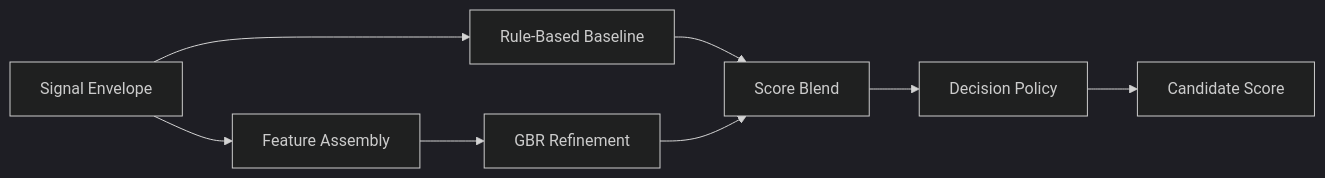
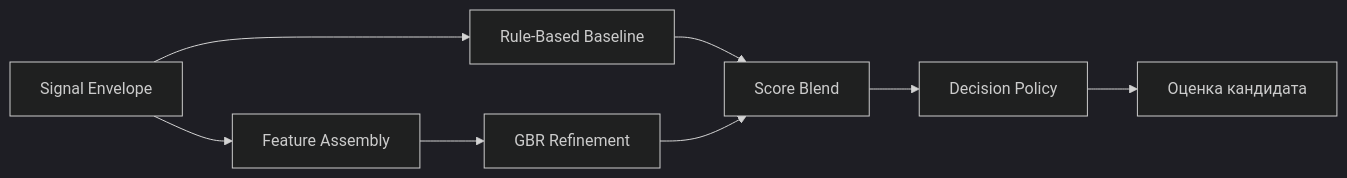
Before and after one commit to alenisaw/invision_u_Vi-Ka: the diagram in docs/rus/SCORING.md, drawn with Mermaid (dark theme). The commit also changed other lines of this file and 3 other files, not shown here.

````diff
--- a/docs/rus/SCORING.md
+++ b/docs/rus/SCORING.md
@@ -185,18 +185,18 @@
 ```mermaid
 flowchart LR
     Envelope["Signal Envelope"]
     Rules["Rule-Based Baseline"]
     Features["Feature Assembly"]
     GBR["GBR Refinement"]
     Blend["Score Blend"]
     Policy["Decision Policy"]
-    Score["Candidate Score"]
+    Score["Оценка кандидата"]
 
     Envelope --> Rules
     Envelope --> Features
     Features --> GBR
     Rules --> Blend
     GBR --> Blend
     Blend --> Policy
     Policy --> Score
 ```
````
